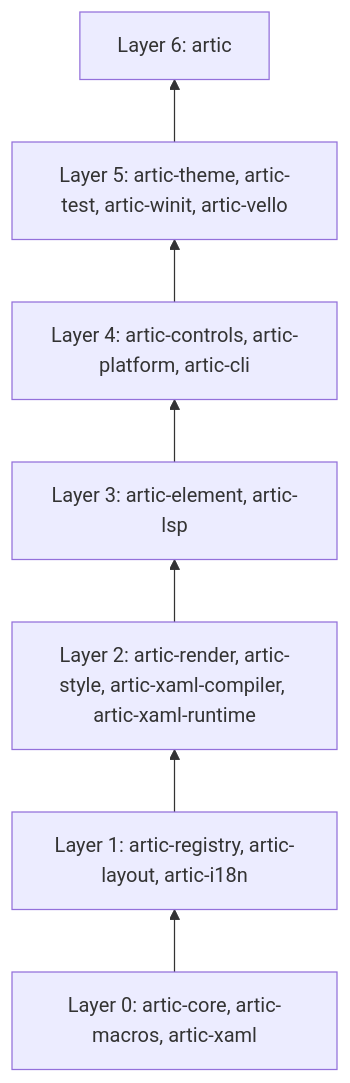
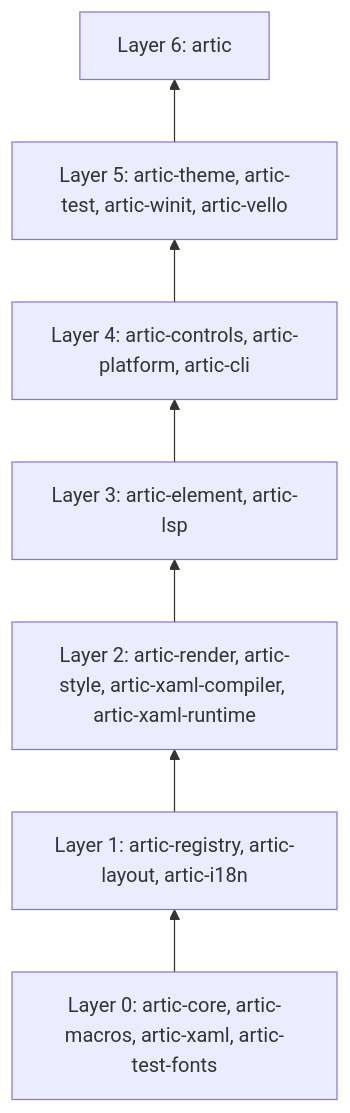
The diagram in README.md (wolfware-labs/Artic), drawn with Mermaid before and after one commit. The commit also changed other lines of this file and 8 other files, not shown here.

First line of the commit message:
feat(test-fonts): the test font as a data crate (#37)

````diff
--- a/README.md
+++ b/README.md
@@ -84,11 +85,11 @@
 ```mermaid
 flowchart BT
-  L0["Layer 0: artic-core, artic-macros, artic-xaml"]
+  L0["Layer 0: artic-core, artic-macros, artic-xaml, artic-test-fonts"]
   L1["Layer 1: artic-registry, artic-layout, artic-i18n"]
   L2["Layer 2: artic-render, artic-style, artic-xaml-compiler, artic-xaml-runtime"]
   L3["Layer 3: artic-element, artic-lsp"]
   L4["Layer 4: artic-controls, artic-platform, artic-cli"]
   L5["Layer 5: artic-theme, artic-test, artic-winit, artic-vello"]
   L6["Layer 6: artic"]
   L0 --> L1 --> L2 --> L3 --> L4 --> L5 --> L6
 ```
````
